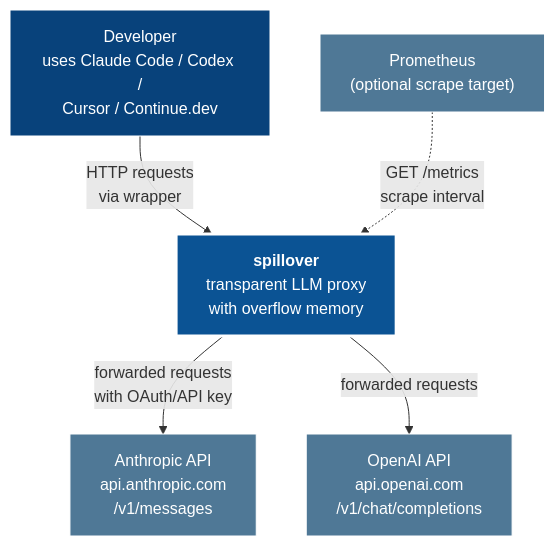
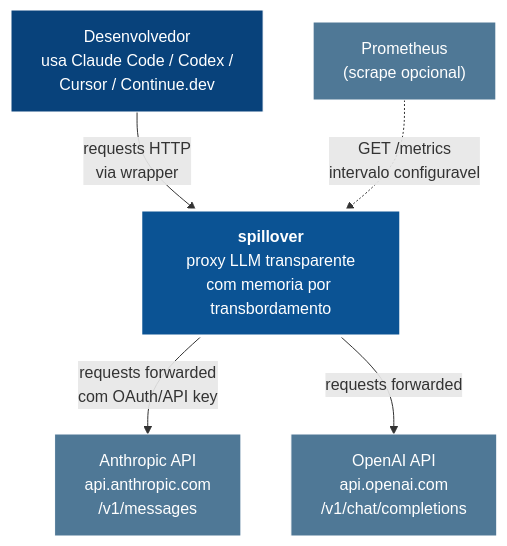
Before and after one commit to Luizhcrs/spillover: the diagram in docs/architecture/01-system-context.md, drawn with Mermaid. The commit also changed other lines of this file and 12 other files, not shown here.

Commit message:
docs(architecture): traduzir 13 docs pra PT-BR

````diff
--- a/docs/architecture/01-system-context.md
+++ b/docs/architecture/01-system-context.md
@@ -5,19 +5,19 @@
 ```mermaid
 graph TB
     classDef external fill:#4f7896,stroke:#fff,color:#fff
     classDef system fill:#0b5394,stroke:#fff,color:#fff,stroke-width:3px
     classDef person fill:#08427b,stroke:#fff,color:#fff
 
-    user["Developer<br/>uses Claude Code / Codex /<br/>Cursor / Continue.dev"]:::person
+    user["Desenvolvedor<br/>usa Claude Code / Codex /<br/>Cursor / Continue.dev"]:::person
 
-    spillover["<b>spillover</b><br/>transparent LLM proxy<br/>with overflow memory"]:::system
+    spillover["<b>spillover</b><br/>proxy LLM transparente<br/>com memoria por transbordamento"]:::system
 
     anthropic["Anthropic API<br/>api.anthropic.com<br/>/v1/messages"]:::external
     openai["OpenAI API<br/>api.openai.com<br/>/v1/chat/completions"]:::external
-    prometheus["Prometheus<br/>(optional scrape target)"]:::external
+    prometheus["Prometheus<br/>(scrape opcional)"]:::external
 
-    user -->|"HTTP requests<br/>via wrapper"| spillover
-    spillover -->|"forwarded requests<br/>with OAuth/API key"| anthropic
-    spillover -->|"forwarded requests"| openai
-    prometheus -.->|"GET /metrics<br/>scrape interval"| spillover
+    user -->|"requests HTTP<br/>via wrapper"| spillover
+    spillover -->|"requests forwarded<br/>com OAuth/API key"| anthropic
+    spillover -->|"requests forwarded"| openai
+    prometheus -.->|"GET /metrics<br/>intervalo configuravel"| spillover
 ```
````
